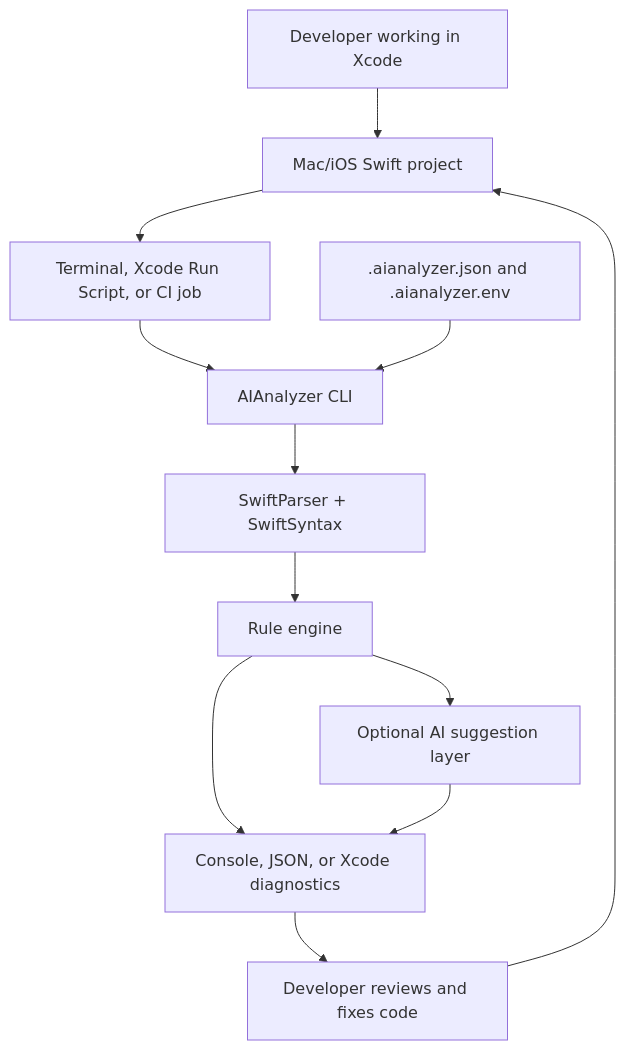
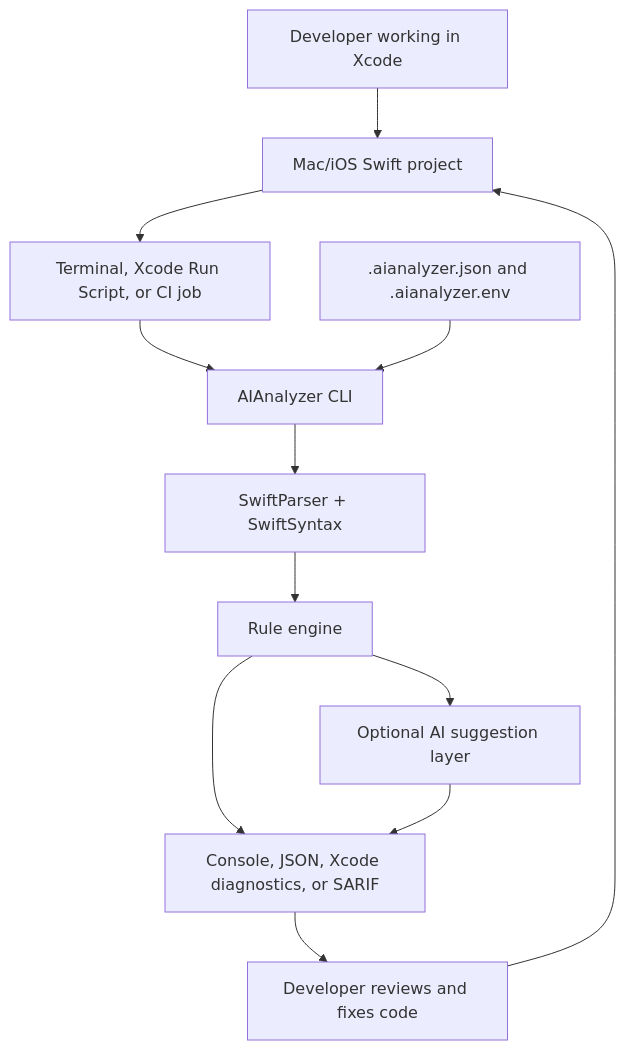
One commit to elangbamjohnson/AIAnalyzer changed the first of 3 diagrams in README.md. Above: the diagram before and after it, drawn with Mermaid. The commit also changed other lines of this file and 4 other files, not shown here.

````diff
--- a/README.md
+++ b/README.md
@@ -65,25 +89,25 @@
 ```mermaid
 flowchart TD
     Dev["Developer working in Xcode"]
     MacProject["Mac/iOS Swift project"]
     Script["Terminal, Xcode Run Script, or CI job"]
     Analyzer["AIAnalyzer CLI"]
     Config[".aianalyzer.json and .aianalyzer.env"]
     Parser["SwiftParser + SwiftSyntax"]
     Rules["Rule engine"]
     AI["Optional AI suggestion layer"]
-    Output["Console, JSON, or Xcode diagnostics"]
+    Output["Console, JSON, Xcode diagnostics, or SARIF"]
     Fix["Developer reviews and fixes code"]
 
     Dev --> MacProject
     MacProject --> Script
     Script --> Analyzer
     Config --> Analyzer
     Analyzer --> Parser
     Parser --> Rules
     Rules --> Output
     Rules --> AI
     AI --> Output
     Output --> Fix
     Fix --> MacProject
 ```
````
